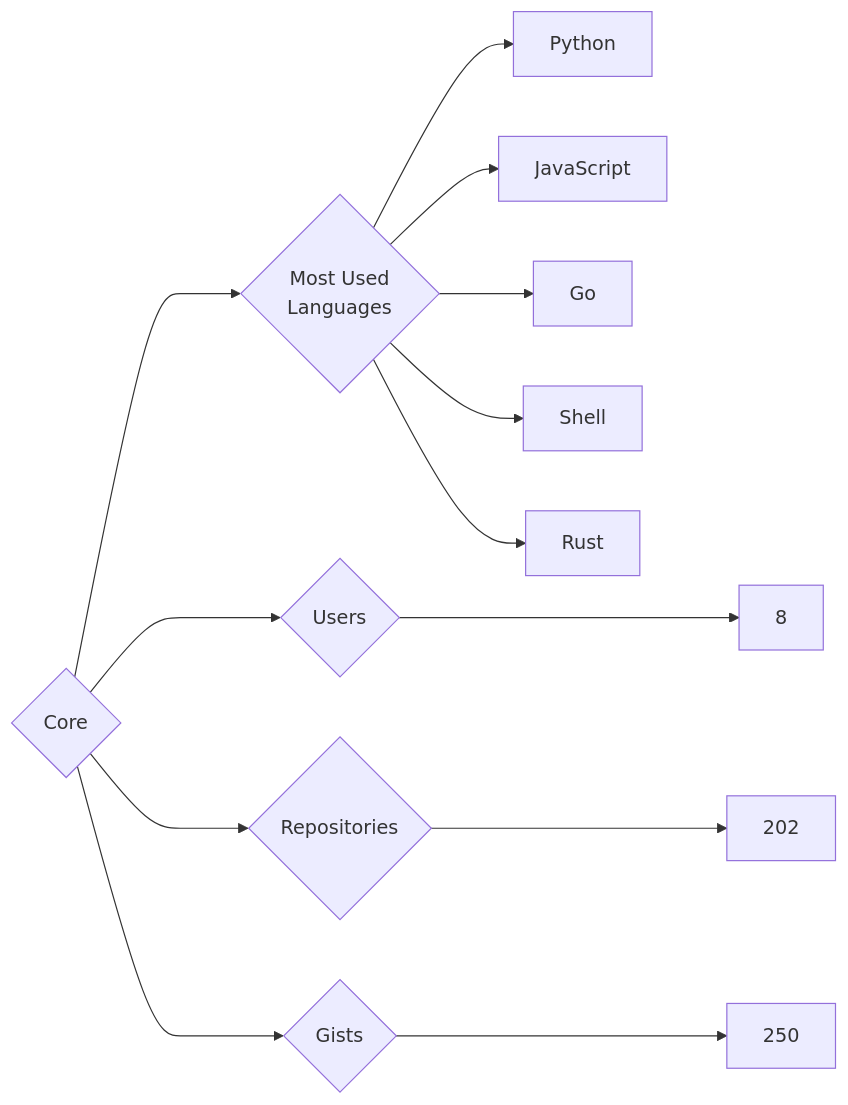
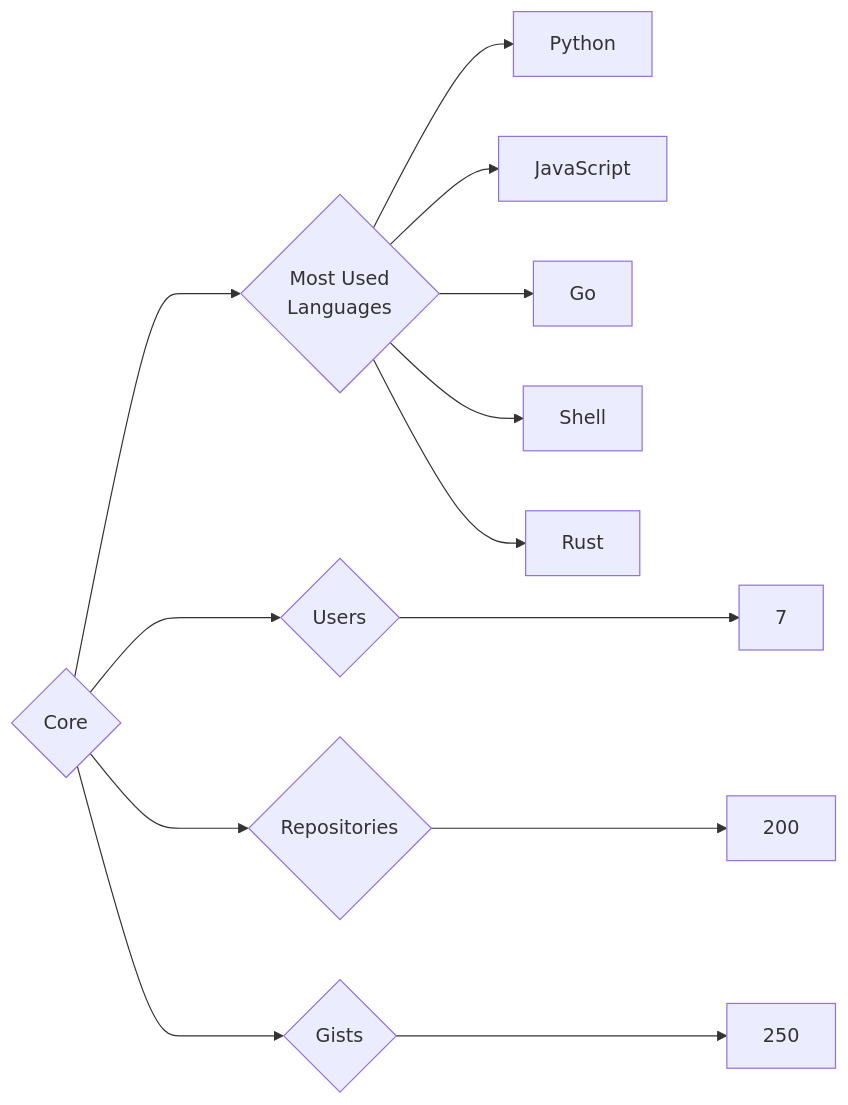
Before and after one commit to trickest/insiders: the diagram in targets/Core/README.md, drawn with Mermaid. The commit also changed 1020 other files, not shown here.

````diff
--- a/targets/Core/README.md
+++ b/targets/Core/README.md
@@ -3,13 +3,13 @@
 ```mermaid
 graph LR
 COMPANY_NAME{Core}
-COMPANY_NAME ---> U{Users} ---> UN[8]
-COMPANY_NAME ---> R{Repositories} ---> RN[202]
+COMPANY_NAME ---> U{Users} ---> UN[7]
+COMPANY_NAME ---> R{Repositories} ---> RN[200]
 COMPANY_NAME ---> G{Gists} ---> GN[250]
 COMPANY_NAME ---> ML{Most Used<br>Languages}
 ML --> Python[Python]
 ML --> JavaScript[JavaScript]
 ML --> Go[Go]
 ML --> Shell[Shell]
 ML --> Rust[Rust]
 ```
````
